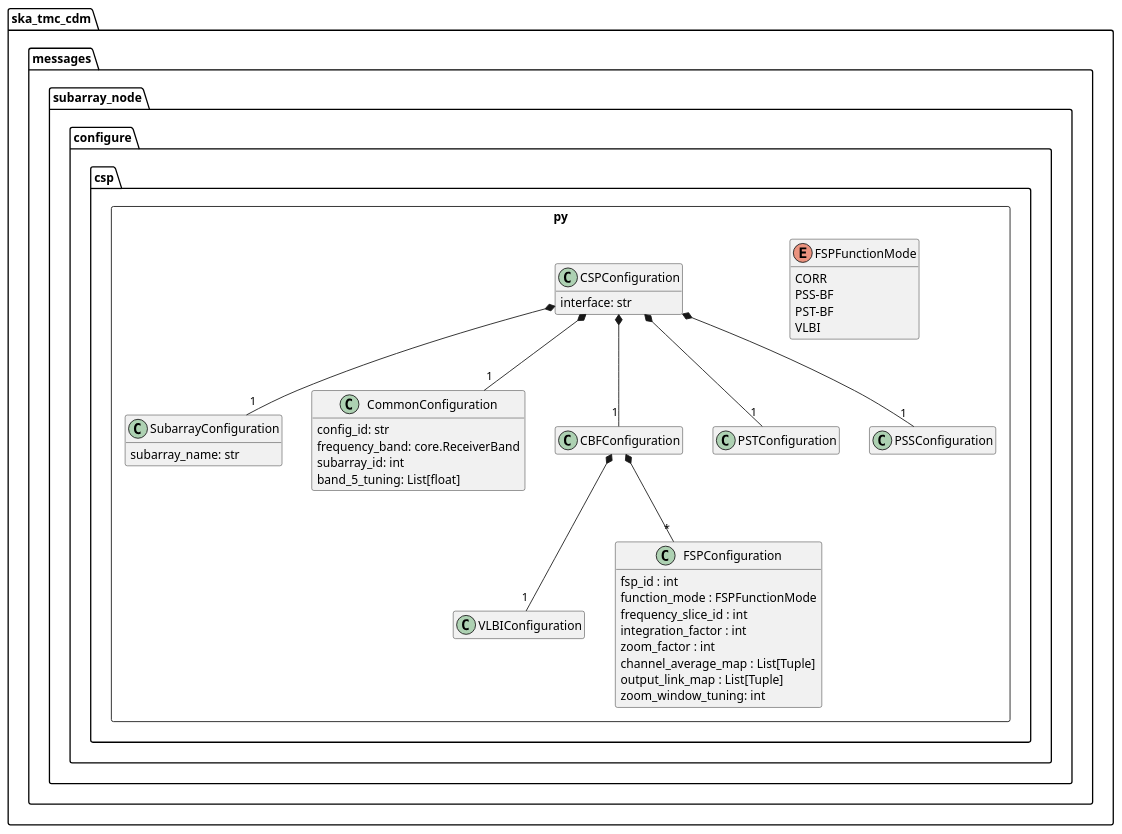
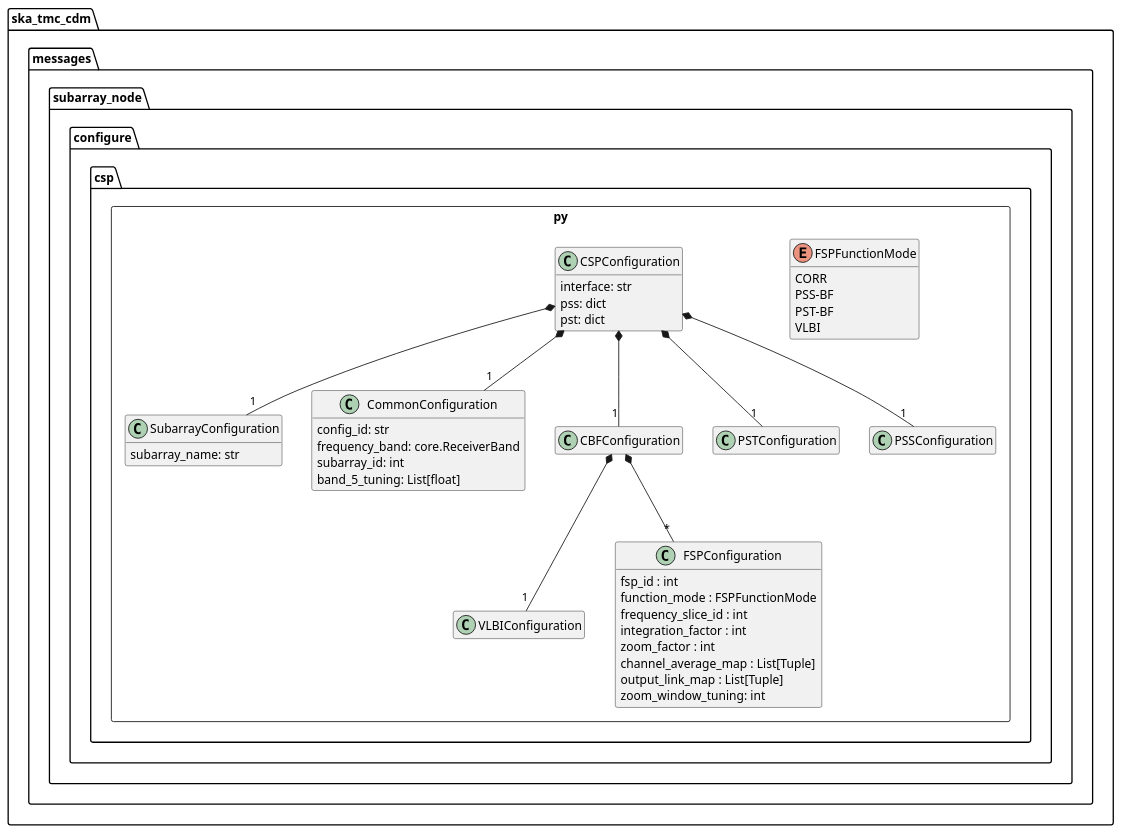
One commit to ska-telescope/cdm-shared-library changed the diagram in docs/src/developer/subarraynode/csp.puml. Above: the diagram before and after it, drawn with PlantUML. The commit also changed 5 other files, not shown here.

```diff
--- a/docs/src/developer/subarraynode/csp.puml
+++ b/docs/src/developer/subarraynode/csp.puml
@@ -1,72 +1,75 @@
 @startuml
 hide empty members
 
 ' Remove the following lines when VLBI, PSS and PST
 ' are added to CDM
 remove VLBIConfiguration
 remove PSTConfiguration
 remove PSSConfiguration
 
 package ska_tmc_cdm.messages.subarray_node.configure {
 	package csp.py <<Rectangle>> {
 
 	    class SubarrayConfiguration {
 	        subarray_name: str
 	    }
 
 	    class CommonConfiguration {
 	        config_id: str
             frequency_band: core.ReceiverBand
             subarray_id: int
             band_5_tuning: List[float]
 	    }
 
 	    class CBFConfiguration {
 
 	    }
 
 	    class PSTConfiguration {
 
 	    }
 
         class PSSConfiguration {
 
         }
 
         class VLBIConfiguration {
 
         }
 
 		enum FSPFunctionMode {
 			CORR
 			PSS-BF
 			PST-BF
 			VLBI
 		}
 
 		class FSPConfiguration {
 			fsp_id : int
 			function_mode : FSPFunctionMode
 			frequency_slice_id : int
 			integration_factor : int
 			zoom_factor : int
 			channel_average_map : List[Tuple]
 			output_link_map : List[Tuple]
 			zoom_window_tuning: int
 		}
 
 		class CSPConfiguration {
 	        interface: str
+	        pss: dict
+	        pst: dict
+
 		}
 		CBFConfiguration *-- "*" FSPConfiguration
 		CBFConfiguration *-- "1" VLBIConfiguration
 		CSPConfiguration *-- "1" CommonConfiguration
 		CSPConfiguration *-- "1" SubarrayConfiguration
 		CSPConfiguration *-- "1" CBFConfiguration
 		CSPConfiguration *-- "1" PSTConfiguration
 		CSPConfiguration *-- "1" PSSConfiguration
 
 	}
 }
 
 @enduml
```
